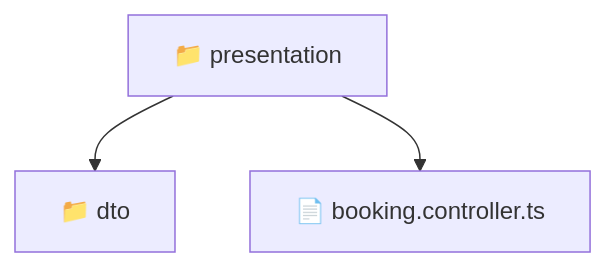
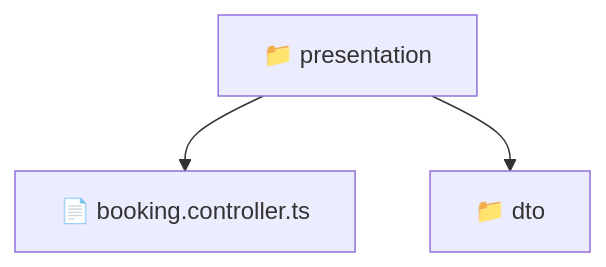
The diagram in backend/src/modules/booking/presentation/README.md (beginwebdev2002/fullstack-mavluda), drawn with Mermaid before and after one commit. The commit also changed other lines of this file and 166 other files, not shown here.

First line of the commit message:
docs: generate repository-wide architectural README files

````diff
--- a/backend/src/modules/booking/presentation/README.md
+++ b/backend/src/modules/booking/presentation/README.md
@@ -9,6 +11,8 @@
 ```mermaid
 graph TD
-  Root["📁 presentation"]
-  Root --> dto["📁 dto"]
-  Root --> booking_controller_ts["📄 booking.controller.ts"]
+  f_Root_presentation["📁 presentation"]
+  f_booking_controller_ts["📄 booking.controller.ts"]
+  f_Root_presentation --> f_booking_controller_ts
+  f_Dir_dto["📁 dto"]
+  f_Root_presentation --> f_Dir_dto
 ```
````
